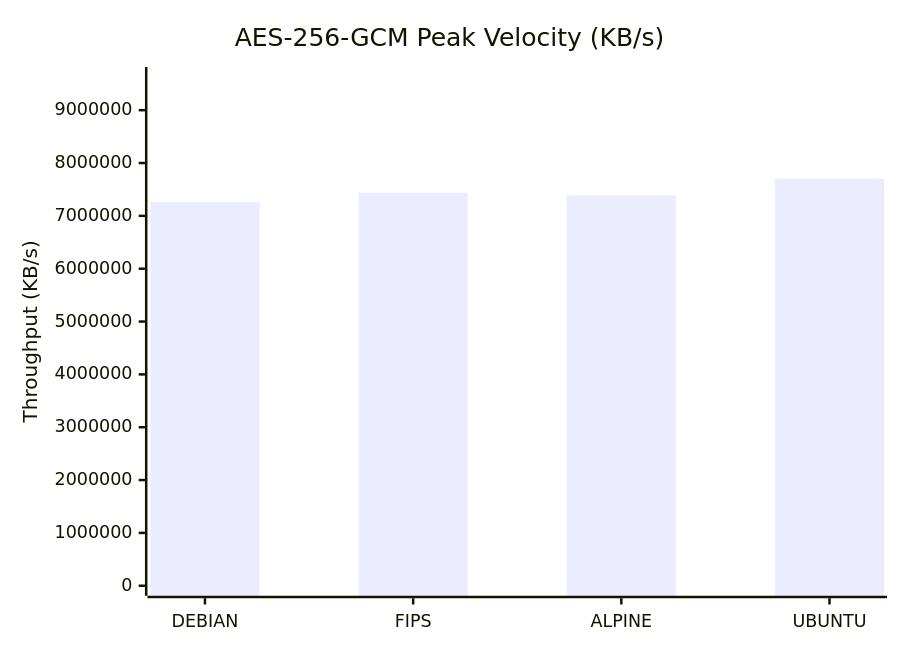
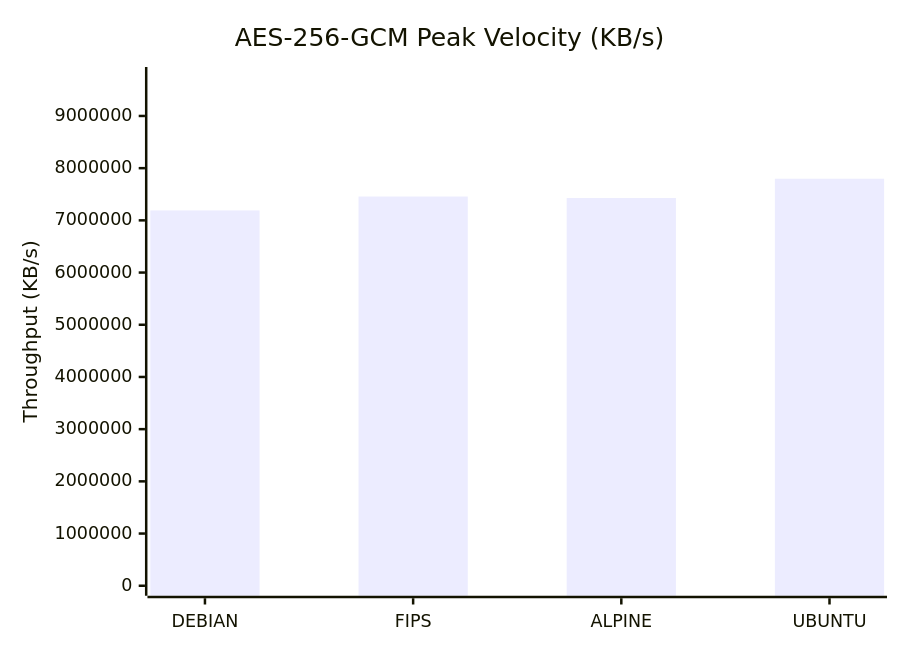
The first of 9 diagrams in docs/Comparison_Report.md (taha2samy/openssl_fips), drawn with Mermaid before and after one commit. The commit also changed other lines of this file and 2 other files, not shown here.

````diff
--- a/docs/Comparison_Report.md
+++ b/docs/Comparison_Report.md
@@ -56,7 +56,7 @@
 ```mermaid
 xychart-beta
     title "AES-256-GCM Peak Velocity (KB/s)"
     x-axis [DEBIAN, FIPS, ALPINE, UBUNTU]
-    y-axis "Throughput (KB/s)" 0 --> 9627934
-    bar [7265271.81, 7439073.28, 7386079.23, 7702347.78]
+    y-axis "Throughput (KB/s)" 0 --> 9746370
+    bar [7189815.3, 7456956.42, 7428947.97, 7797096.45]
 ```
````
